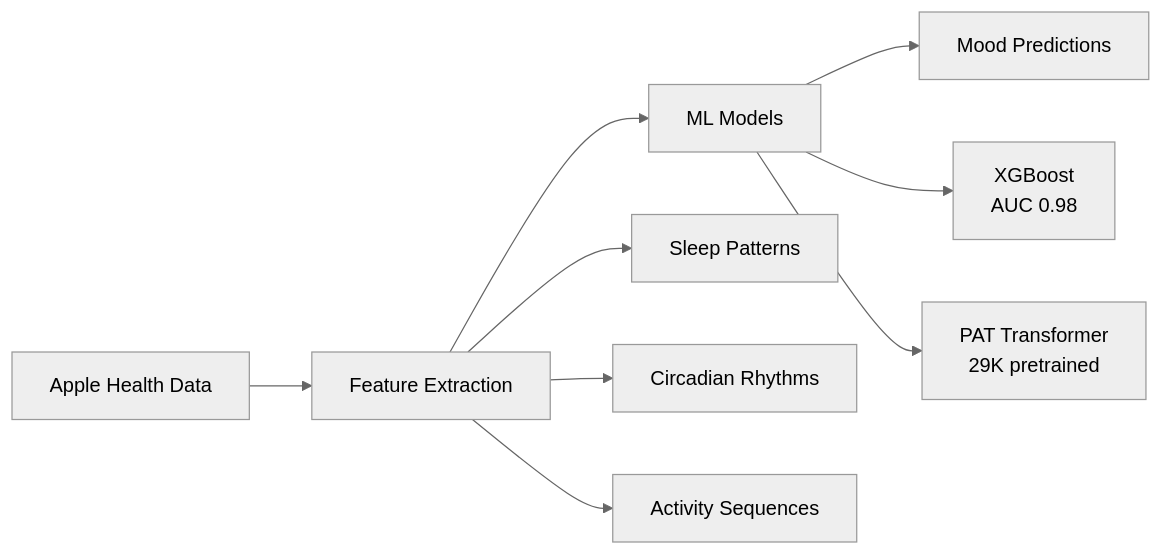
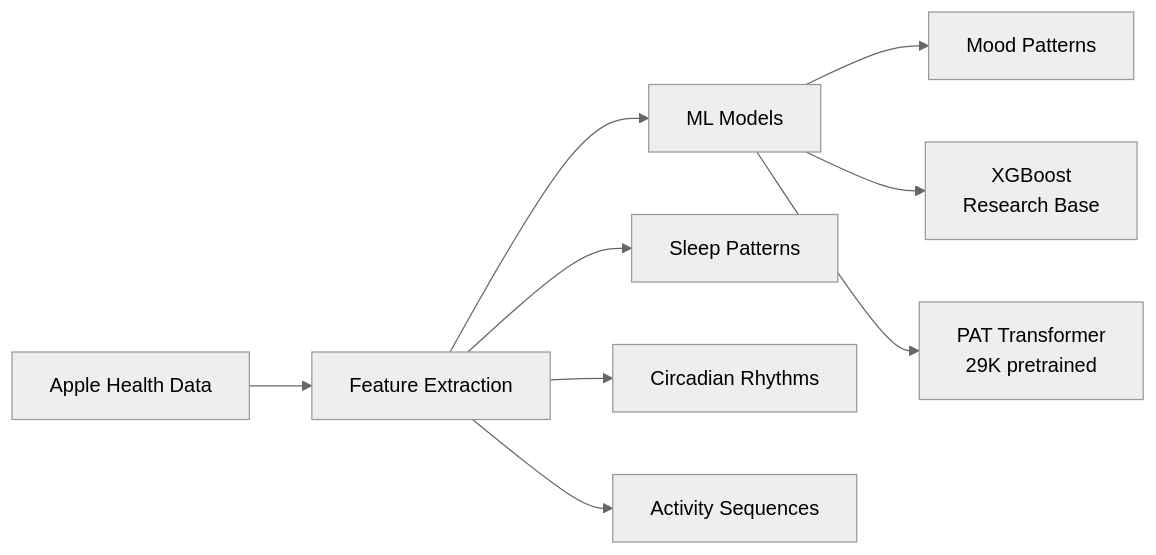
The diagram in README.md (The-Obstacle-Is-The-Way/big-mood-detector), drawn with Mermaid (neutral theme) before and after one commit. The commit also changed other lines of this file and 1 other file, not shown here.

````diff
--- a/README.md
+++ b/README.md
@@ -65,13 +65,13 @@
 ```mermaid
 graph LR
     A[Apple Health Data] --> B[Feature Extraction]
     B --> C[ML Models]
-    C --> D[Mood Predictions]
+    C --> D[Mood Patterns]
     
     B --> B1[Sleep Patterns]
     B --> B2[Circadian Rhythms]
     B --> B3[Activity Sequences]
     
-    C --> C1[XGBoost<br/>AUC 0.98]
+    C --> C1[XGBoost<br/>Research Base]
     C --> C2[PAT Transformer<br/>29K pretrained]
 ```
````
